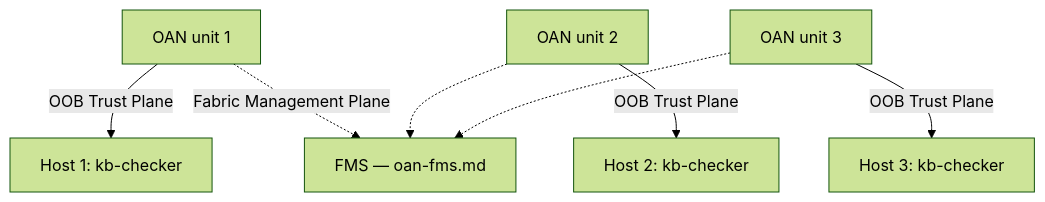
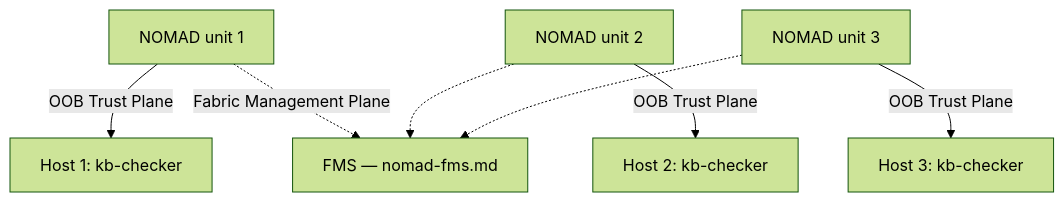
Before and after one commit to pardhuvarmax/kernel-borderlands: the sixth of 8 diagrams in docs/features/hardware-ext/nomad-hardware-appliance.md, drawn with Mermaid (forest theme). The commit also changed other lines of this file and 6 other files, not shown here.

First line of the commit message:
rename: finish OAN -> NOMAD content updates missed by prior commit

````diff
--- a/docs/features/hardware-ext/nomad-hardware-appliance.md
+++ b/docs/features/hardware-ext/nomad-hardware-appliance.md
@@ -308,9 +308,9 @@
 ```mermaid
 graph TD
-    OAN1["OAN unit 1"] -->|"OOB Trust Plane"| H1["Host 1: kb-checker"]
-    OAN2["OAN unit 2"] -->|"OOB Trust Plane"| H2["Host 2: kb-checker"]
-    OAN3["OAN unit 3"] -->|"OOB Trust Plane"| H3["Host 3: kb-checker"]
-    OAN1 -.->|"Fabric Management Plane"| FMS["FMS — oan-fms.md"]
-    OAN2 -.-> FMS
-    OAN3 -.-> FMS
+    NOMAD1["NOMAD unit 1"] -->|"OOB Trust Plane"| H1["Host 1: kb-checker"]
+    NOMAD2["NOMAD unit 2"] -->|"OOB Trust Plane"| H2["Host 2: kb-checker"]
+    NOMAD3["NOMAD unit 3"] -->|"OOB Trust Plane"| H3["Host 3: kb-checker"]
+    NOMAD1 -.->|"Fabric Management Plane"| FMS["FMS — nomad-fms.md"]
+    NOMAD2 -.-> FMS
+    NOMAD3 -.-> FMS
 ```
````
